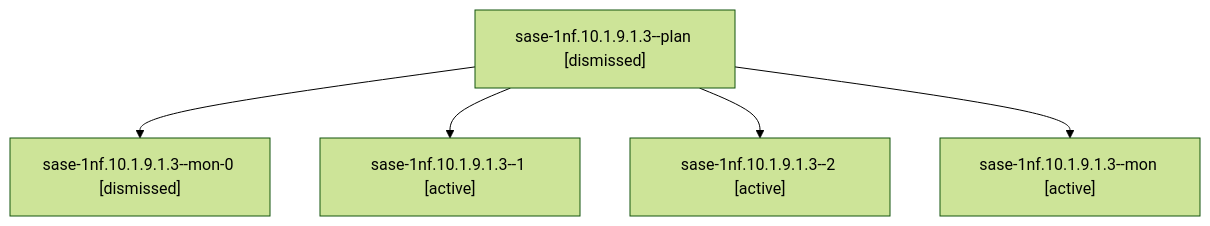
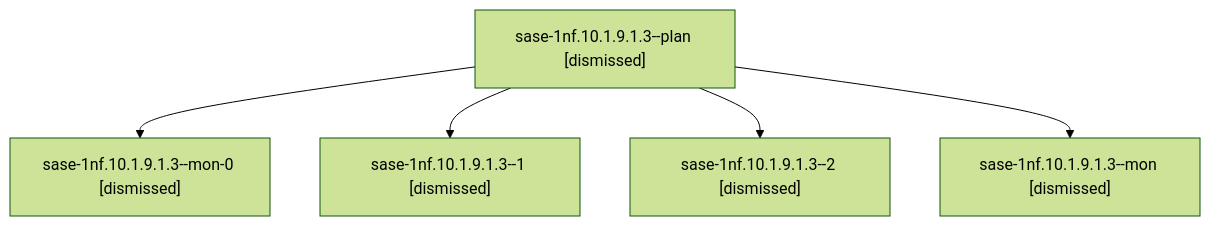
The diagram in sessions/bbugyi200.athena.sase-1nf.10.1.9.1.3.md (sase-org/sase--agents), drawn with Mermaid (forest theme) before and after one commit. The commit also changed other lines of this file and 170 other files, not shown here.

````diff
--- a/sessions/bbugyi200.athena.sase-1nf.10.1.9.1.3.md
+++ b/sessions/bbugyi200.athena.sase-1nf.10.1.9.1.3.md
@@ -9,12 +9,12 @@
 ```mermaid
 flowchart TD
   n0["sase-1nf.10.1.9.1.3--plan [dismissed]"]
   n1["sase-1nf.10.1.9.1.3--mon-0 [dismissed]"]
   n0 --> n1
-  n2["sase-1nf.10.1.9.1.3--1 [active]"]
+  n2["sase-1nf.10.1.9.1.3--1 [dismissed]"]
   n0 --> n2
-  n3["sase-1nf.10.1.9.1.3--2 [active]"]
+  n3["sase-1nf.10.1.9.1.3--2 [dismissed]"]
   n0 --> n3
-  n4["sase-1nf.10.1.9.1.3--mon [active]"]
+  n4["sase-1nf.10.1.9.1.3--mon [dismissed]"]
   n0 --> n4
 ```
````
